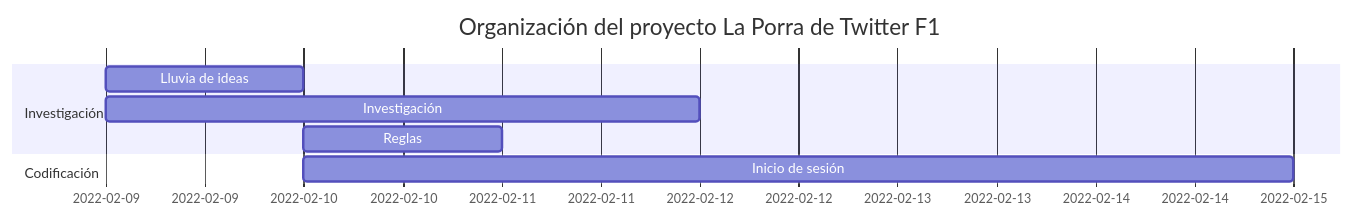
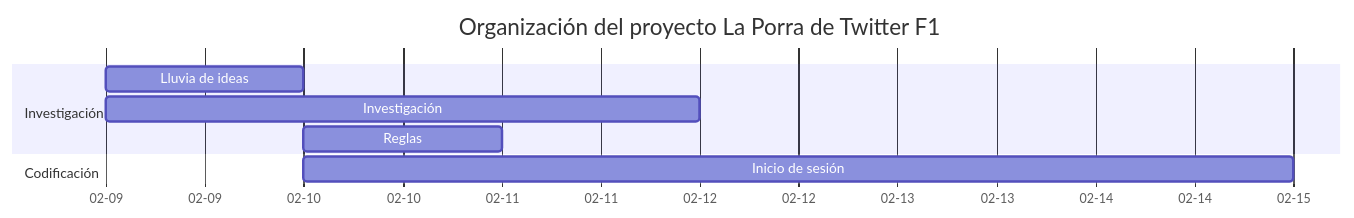
The diagram in _posts/2023-02-25-Como-consegui-400-usuarios.md (enriqueesanchz/enriqueesanchz.github.io), drawn with Mermaid before and after one commit.

Commit message:
[Como consegui 400 usuarios] axis format

````diff
--- a/_posts/2023-02-25-Como-consegui-400-usuarios.md
+++ b/_posts/2023-02-25-Como-consegui-400-usuarios.md
@@ -28,11 +28,12 @@
 ```mermaid
  gantt
-  dateFormat  MM-DD
+  dateFormat  YYYY-MM-DD
+  axisFormat %m-%d
   title  Organización del proyecto La Porra de Twitter F1
   section Investigación
   Lluvia de ideas :a, 2022-02-09, 1d
   Investigación :b, 2022-02-09, 3d
   Reglas :c, 2022-02-10, 1d
   section Codificación
   Inicio de sesión :d, 2022-02-10, 5d
 ```
````
